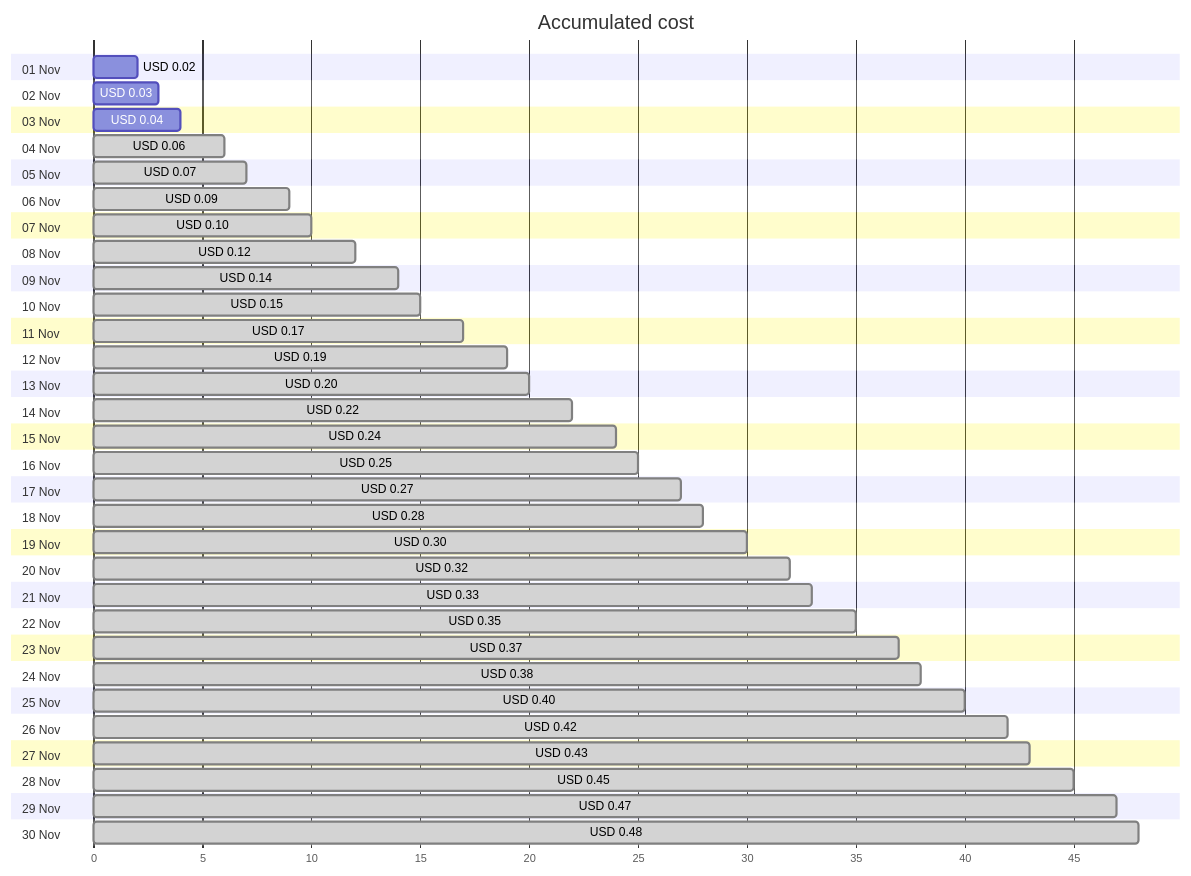
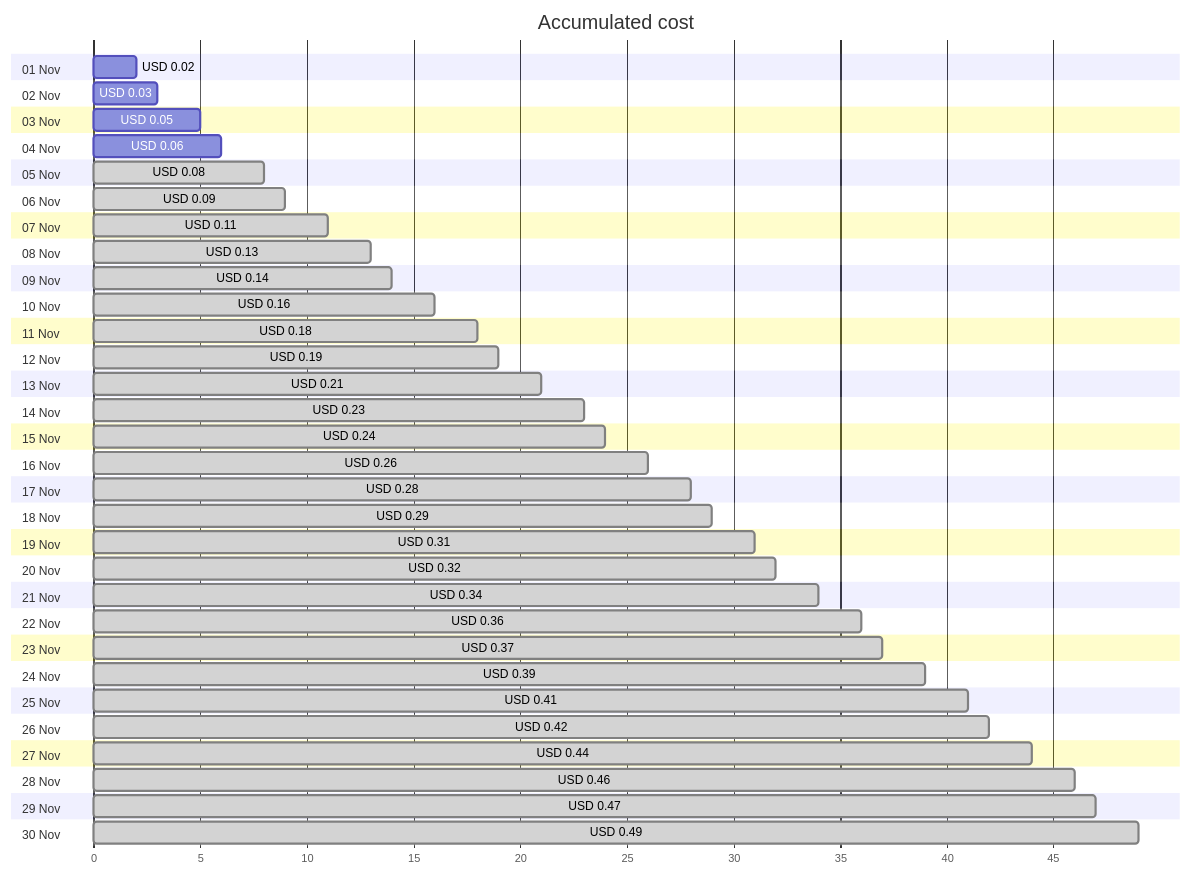
One commit to jpfulton/azure-personal-reports changed the first of 4 diagrams in cost-reports/personal-dns/jpatrickfulton.dev.md. Above: the diagram before and after it, drawn with Mermaid. The commit also changed other lines of this file and 2 other files, not shown here.

Commit message:
Generated reports [skip ci]

````diff
--- a/cost-reports/personal-dns/jpatrickfulton.dev.md
+++ b/cost-reports/personal-dns/jpatrickfulton.dev.md
@@ -20,66 +20,66 @@
 ```mermaid
 gantt
    title Accumulated cost
    dateFormat  X
    axisFormat %s
    section 01 Nov
    USD 0.02 :0, 2
    section 02 Nov
    USD 0.03 :0, 3
    section 03 Nov
-   USD 0.04 :0, 4
+   USD 0.05 :0, 5
    section 04 Nov
-   USD 0.06 : done, 0, 6
+   USD 0.06 :0, 6
    section 05 Nov
-   USD 0.07 : done, 0, 7
+   USD 0.08 : done, 0, 8
    section 06 Nov
    USD 0.09 : done, 0, 9
    section 07 Nov
-   USD 0.10 : done, 0, 10
+   USD 0.11 : done, 0, 11
    section 08 Nov
-   USD 0.12 : done, 0, 12
+   USD 0.13 : done, 0, 13
    section 09 Nov
    USD 0.14 : done, 0, 14
    section 10 Nov
-   USD 0.15 : done, 0, 15
+   USD 0.16 : done, 0, 16
    section 11 Nov
-   USD 0.17 : done, 0, 17
+   USD 0.18 : done, 0, 18
    section 12 Nov
    USD 0.19 : done, 0, 19
    section 13 Nov
-   USD 0.20 : done, 0, 20
+   USD 0.21 : done, 0, 21
    section 14 Nov
-   USD 0.22 : done, 0, 22
+   USD 0.23 : done, 0, 23
    section 15 Nov
    USD 0.24 : done, 0, 24
    section 16 Nov
-   USD 0.25 : done, 0, 25
+   USD 0.26 : done, 0, 26
    section 17 Nov
-   USD 0.27 : done, 0, 27
+   USD 0.28 : done, 0, 28
    section 18 Nov
-   USD 0.28 : done, 0, 28
+   USD 0.29 : done, 0, 29
    section 19 Nov
-   USD 0.30 : done, 0, 30
+   USD 0.31 : done, 0, 31
    section 20 Nov
    USD 0.32 : done, 0, 32
    section 21 Nov
-   USD 0.33 : done, 0, 33
+   USD 0.34 : done, 0, 34
    section 22 Nov
-   USD 0.35 : done, 0, 35
+   USD 0.36 : done, 0, 36
    section 23 Nov
    USD 0.37 : done, 0, 37
    section 24 Nov
-   USD 0.38 : done, 0, 38
+   USD 0.39 : done, 0, 39
    section 25 Nov
-   USD 0.40 : done, 0, 40
+   USD 0.41 : done, 0, 41
    section 26 Nov
    USD 0.42 : done, 0, 42
    section 27 Nov
-   USD 0.43 : done, 0, 43
+   USD 0.44 : done, 0, 44
    section 28 Nov
-   USD 0.45 : done, 0, 45
+   USD 0.46 : done, 0, 46
    section 29 Nov
    USD 0.47 : done, 0, 47
    section 30 Nov
-   USD 0.48 : done, 0, 48
+   USD 0.49 : done, 0, 49
 ```
````
